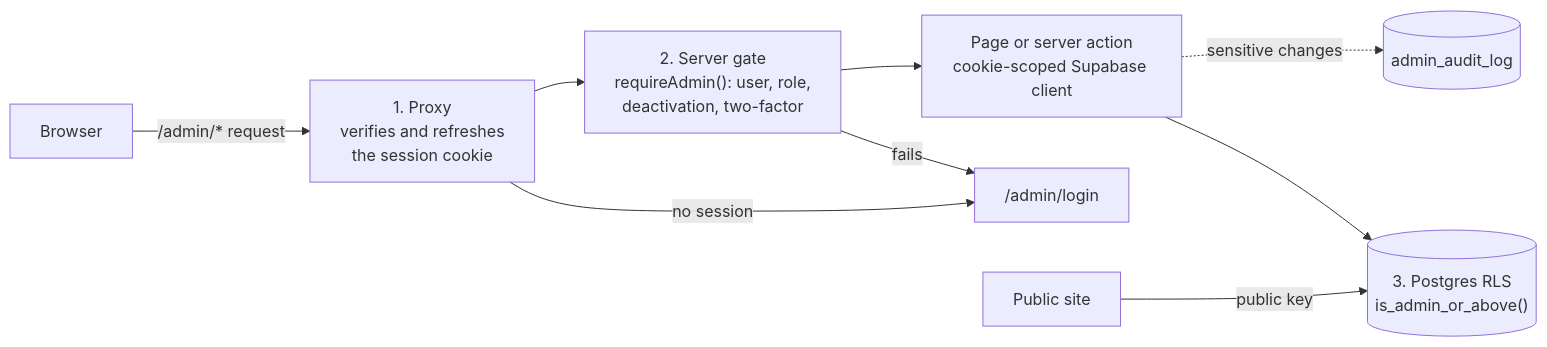
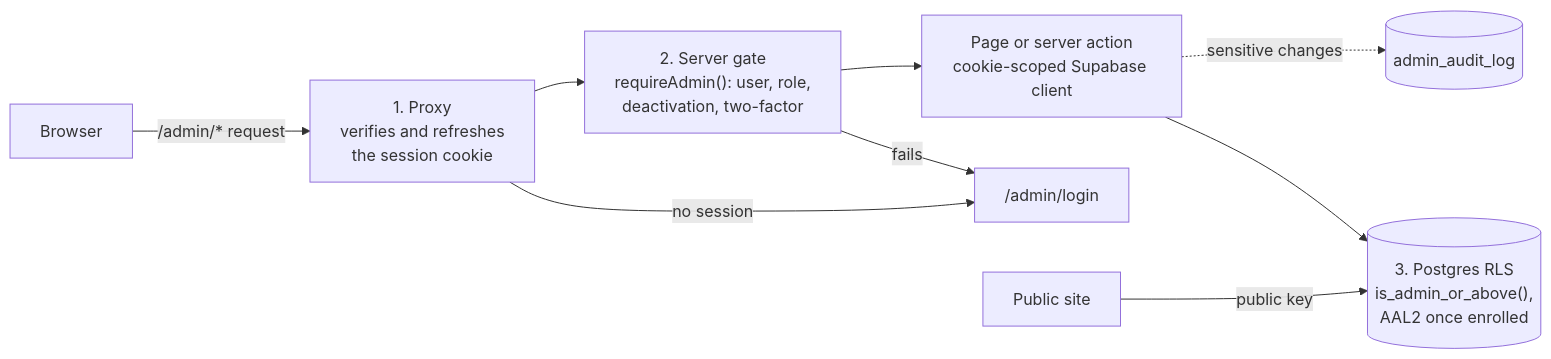
The diagram in README.md (RobBrautigam/website-cms-kit), drawn with Mermaid before and after one commit. The commit also changed other lines of this file and 26 other files, not shown here.

````diff
--- a/README.md
+++ b/README.md
@@ -44,11 +44,11 @@
 ```mermaid
 flowchart LR
   B["Browser"] -->|"/admin/* request"| P["1. Proxy<br/>verifies and refreshes<br/>the session cookie"]
   P -->|"no session"| L["/admin/login"]
   P --> G["2. Server gate<br/>requireAdmin(): user, role,<br/>deactivation, two-factor"]
   G -->|"fails"| L
   G --> S["Page or server action<br/>cookie-scoped Supabase client"]
-  S --> R[("3. Postgres RLS<br/>is_admin_or_above()")]
+  S --> R[("3. Postgres RLS<br/>is_admin_or_above(),<br/>AAL2 once enrolled")]
   S -.->|"sensitive changes"| A[("admin_audit_log")]
   V["Public site"] -->|"public key"| R
 ```
````
